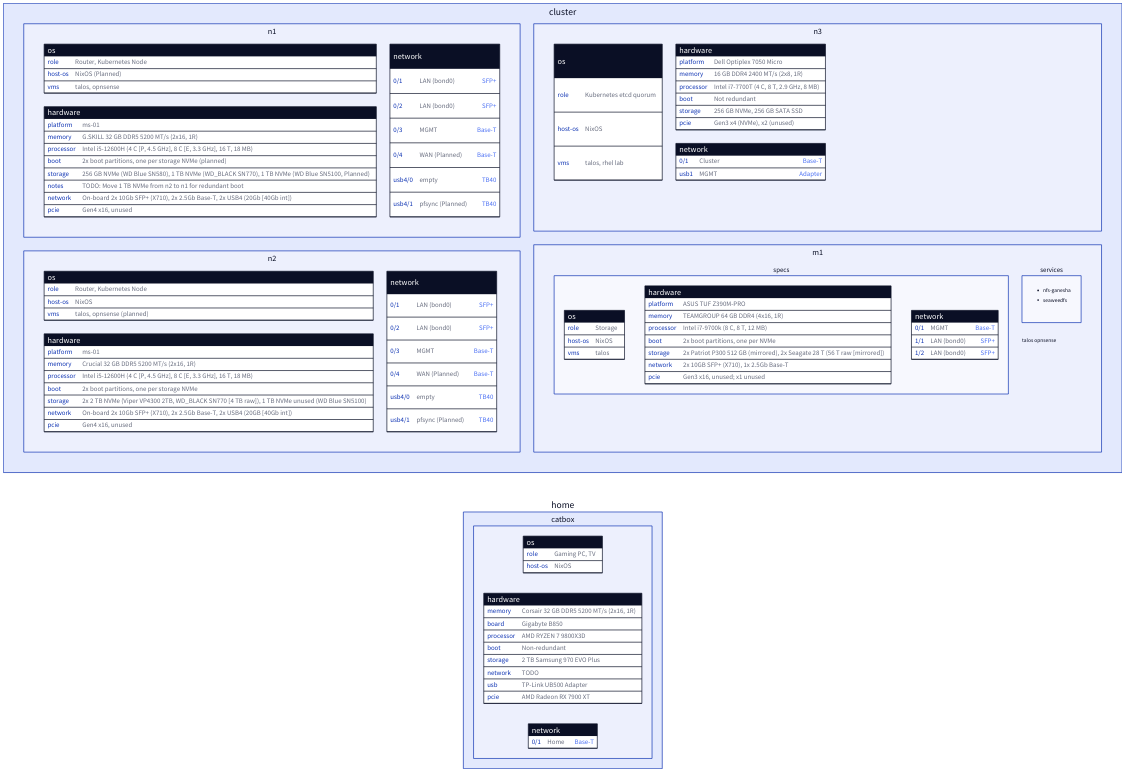
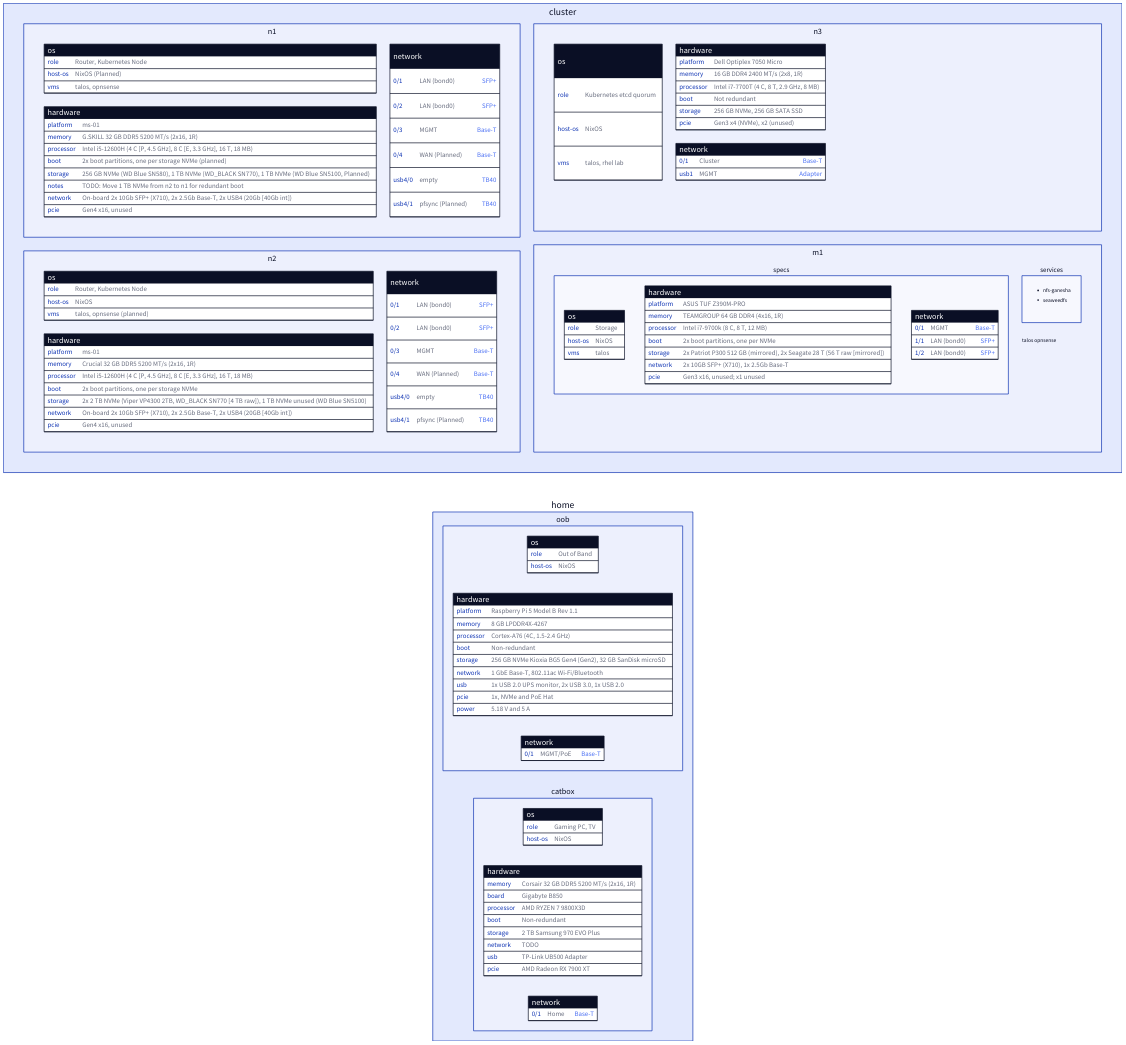
Before and after one commit to Liana64/dotfiles: the diagram in docs/diagrams/homelab.d2, drawn with D2. The commit also changed 1 other file, not shown here.

```diff
--- a/docs/diagrams/homelab.d2
+++ b/docs/diagrams/homelab.d2
@@ -1,148 +1,172 @@
 direction: right
 
 cluster: {
   grid-columns: 2
 
   n1: {
     grid-columns: 2
     os: {
       shape: sql_table
       role: Router, Kubernetes Node
       host-os: NixOS (Planned)
       vms: talos, opnsense
     }
     hardware: {
       shape: sql_table
       platform: ms-01
       memory: G.SKILL 32 GB DDR5 5200 MT/s (2x16, 1R)
       processor: "Intel i5-12600H (4 C [P, 4.5 GHz], 8 C [E, 3.3 GHz], 16 T, 18 MB)"
       boot: 2x boot partitions, one per storage NVMe (planned)
       storage: 256 GB NVMe (WD Blue SN580), 1 TB NVMe (WD_BLACK SN770), 1 TB NVMe (WD Blue SN5100, Planned)
       notes: "TODO: Move 1 TB NVMe from n2 to n1 for redundant boot"
       network: "On-board 2x 10Gb SFP+ (X710), 2x 2.5Gb Base-T, 2x USB4 (20Gb [40Gb int])"
       pcie: Gen4 x16, unused
     }
     network: {
       shape: sql_table
       "0/1": LAN (bond0) {constraint: SFP+}
       "0/2": LAN (bond0) {constraint: SFP+}
       "0/3": MGMT {constraint: Base-T}
       "0/4": WAN (Planned) {constraint: Base-T}
       usb4/0: empty {constraint: TB40}
       usb4/1: pfsync (Planned) {constraint: TB40}
     }
   }
   n2: {
     grid-columns: 2
     os: {
       shape: sql_table
       role: Router, Kubernetes Node
       host-os: NixOS
       vms: talos, opnsense (planned)
     }
     hardware: {
       shape: sql_table
       platform: ms-01
       memory: Crucial 32 GB DDR5 5200 MT/s (2x16, 1R)
       processor: "Intel i5-12600H (4 C [P, 4.5 GHz], 8 C [E, 3.3 GHz], 16 T, 18 MB)"
       boot: 2x boot partitions, one per storage NVMe
       storage: "2x 2 TB NVMe (Viper VP4300 2TB, WD_BLACK SN770 [4 TB raw]), 1 TB NVMe unused (WD Blue SN5100)"
       network: "On-board 2x 10Gb SFP+ (X710), 2x 2.5Gb Base-T, 2x USB4 (20GB [40Gb int])"
       pcie: Gen4 x16, unused
     }
     network: {
       shape: sql_table
       "0/1": LAN (bond0) {constraint: SFP+}
       "0/2": LAN (bond0) {constraint: SFP+}
       "0/3": MGMT {constraint: Base-T}
       "0/4": WAN (Planned) {constraint: Base-T}
       usb4/0: empty {constraint: TB40}
       usb4/1: pfsync (Planned) {constraint: TB40}
     }
   }
   n3: {
     grid-columns: 2
     os: {
       shape: sql_table
       role: Kubernetes etcd quorum
       host-os: NixOS
       vms: talos, rhel lab
     }
     hardware: {
       shape: sql_table
       platform: Dell Optiplex 7050 Micro
       memory: 16 GB DDR4 2400 MT/s (2x8, 1R)
       processor: Intel i7-7700T (4 C, 8 T, 2.9 GHz, 8 MB)
       boot: Not redundant
       storage: 256 GB NVMe, 256 GB SATA SSD
       pcie: Gen3 x4 (NVMe), x2 (unused)
     }
     network: {
       shape: sql_table
       "0/1": Cluster {constraint: Base-T}
       usb1: MGMT {constraint: Adapter}
     }
   }
   m1: {
     grid-columns: 2
     specs: {
       direction: down
       os: {
         shape: sql_table
         role: Storage
         host-os: NixOS
         vms: talos
       }
       hardware: {
         shape: sql_table
         platform: ASUS TUF Z390M-PRO
         memory: TEAMGROUP 64 GB DDR4 (4x16, 1R)
         processor: "Intel i7-9700k (8 C, 8 T, 12 MB)"
         boot: 2x boot partitions, one per NVMe
         storage: "2x Patriot P300 512 GB (mirrored), 2x Seagate 28 T (56 T raw [mirrored])"
         network: 2x 10GB SFP+ (X710), 1x 2.5Gb Base-T
         pcie: "Gen3 x16, unused; x1 unused"
       }
       network: {
         shape: sql_table
         "0/1": MGMT {constraint: Base-T}
         "1/1": LAN (bond0) {constraint: SFP+}
         "1/2": LAN (bond0) {constraint: SFP+}
       }
     }
     services: {
       userspace: |md
         - nfs-ganesha
         - seaweedfs
       |
     }
     libvirtd: |md
       talos
       opnsense
     |
   }
 }
 home: {
+  # CP1500PFCLCDa
+  oob: {
+    os: {
+      shape: sql_table
+      role: Out of Band
+      host-os: NixOS
+    }
+    hardware: {
+      shape: sql_table
+      platform: Raspberry Pi 5 Model B Rev 1.1
+      memory: 8 GB LPDDR4X-4267
+      processor: Cortex-A76 (4C, 1.5-2.4 GHz)
+      boot: Non-redundant
+      storage: 256 GB NVMe Kioxia BG5 Gen4 (Gen2), 32 GB SanDisk microSD
+      network: 1 GbE Base-T, 802.11ac Wi-Fi/Bluetooth
+      usb: 1x USB 2.0 UPS monitor, 2x USB 3.0, 1x USB 2.0
+      pcie: 1x, NVMe and PoE Hat
+      power: 5.18 V and 5 A
+    }
+    network: {
+      shape: sql_table
+      "0/1": MGMT/PoE {constraint: Base-T}
+    }
+  }
   catbox: {
     os: {
       shape: sql_table
       role: Gaming PC, TV
       host-os: NixOS
     }
     hardware: {
       shape: sql_table
       memory: Corsair 32 GB DDR5 5200 MT/s (2x16, 1R)
       board: "Gigabyte B850"
       processor: "AMD RYZEN 7 9800X3D"
       boot: Non-redundant
       storage: 2 TB Samsung 970 EVO Plus
       network: TODO
       usb: TP-Link UB500 Adapter
       pcie: AMD Radeon RX 7900 XT
     }
     network: {
       shape: sql_table
       "0/1": Home {constraint: Base-T}
     }
   }
 }
```
